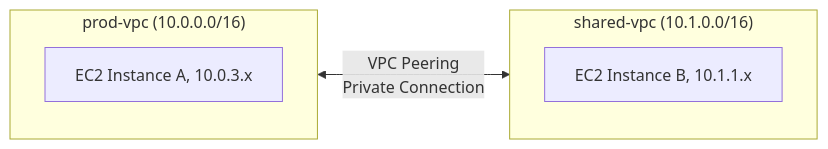
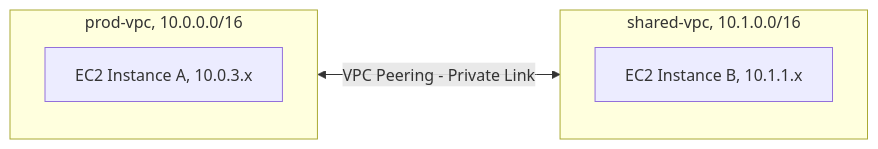
Before and after one commit to DeeptiShuklaProject/Uday_AWS: the seventh of 7 diagrams in Chapter_04_Amazon_VPC.md, drawn with Mermaid. The commit also changed other lines of this file and 2 other files, not shown here.

Commit message:
Add Practical Lab 09 and enhance VPC practicals in Chapter 04

````diff
--- a/Chapter_04_Amazon_VPC.md
+++ b/Chapter_04_Amazon_VPC.md
@@ -1622,10 +2028,10 @@
 ```mermaid
 flowchart LR
-    subgraph VPC_A["prod-vpc (10.0.0.0/16)"]
+    subgraph VPC_A["prod-vpc, 10.0.0.0/16"]
         EC2_A["EC2 Instance A, 10.0.3.x"]
     end
-    subgraph VPC_B["shared-vpc (10.1.0.0/16)"]
+    subgraph VPC_B["shared-vpc, 10.1.0.0/16"]
         EC2_B["EC2 Instance B, 10.1.1.x"]
     end
-    VPC_A <-->|VPC Peering<br>Private Connection| VPC_B
+    VPC_A <-->|"VPC Peering - Private Link"| VPC_B
 ```
````
